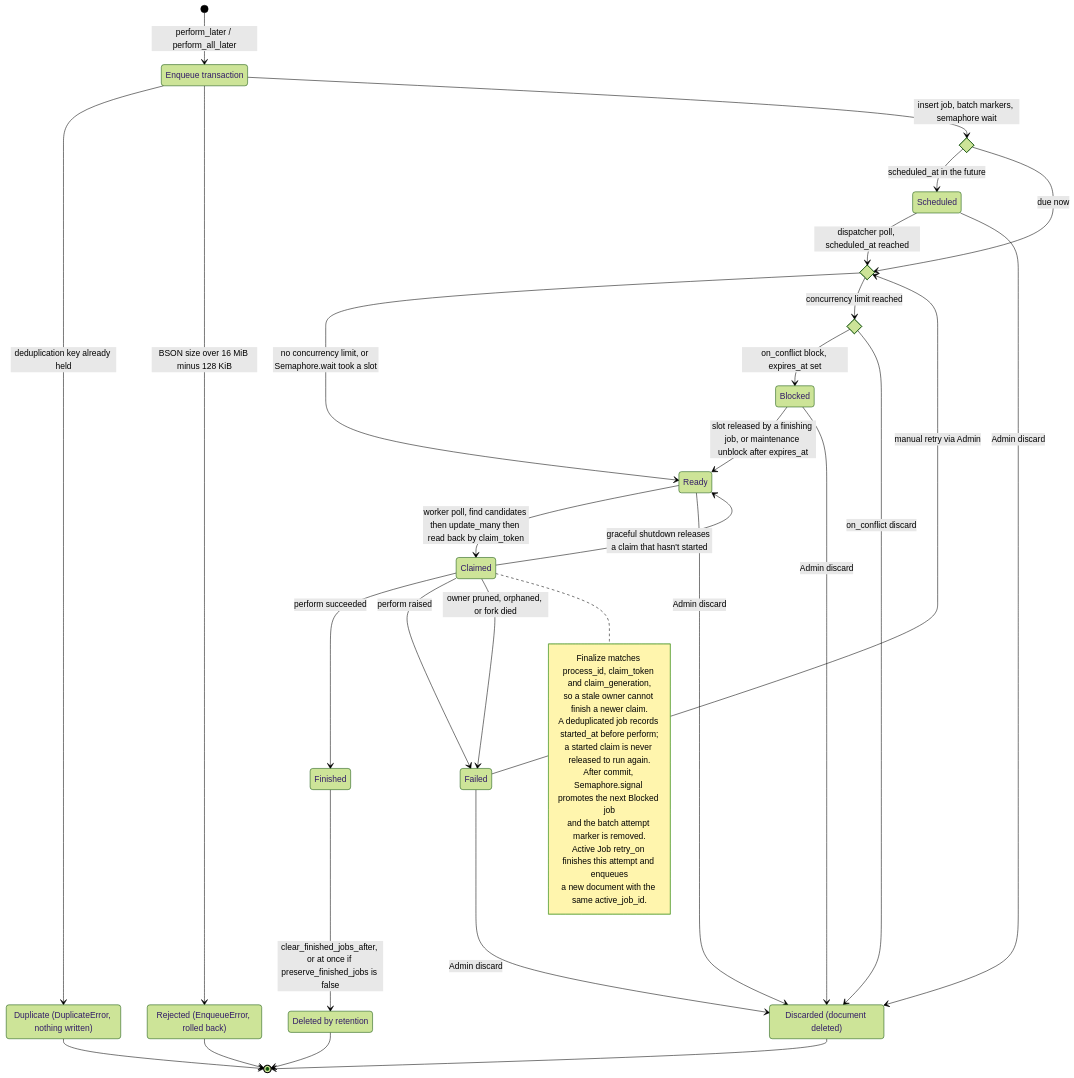
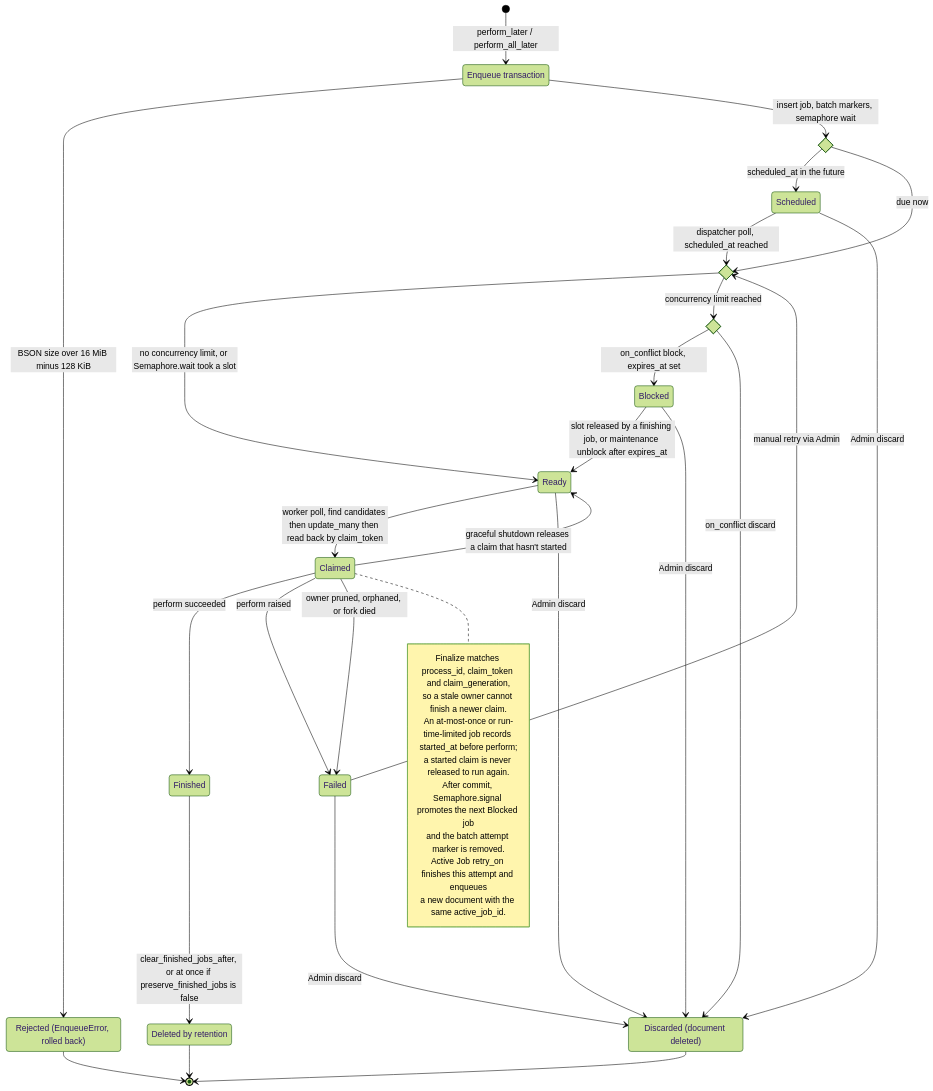
The first of 2 diagrams in README.md (alexandernicholson/solid_queue), drawn with Mermaid (forest theme) before and after one commit. The commit also changed other lines of this file and 4 other files, not shown here.

````diff
--- a/README.md
+++ b/README.md
@@ -310,60 +309,57 @@
 ```mermaid
 stateDiagram-v2
     direction TB
 
     state "Enqueue transaction" as Enqueue
     state "Rejected (EnqueueError, rolled back)" as Rejected
-    state "Duplicate (DuplicateError, nothing written)" as Duplicate
     state "Discarded (document deleted)" as Discarded
     state "Deleted by retention" as Cleared
     state due <<choice>>
     state slot <<choice>>
     state conflict <<choice>>
 
     [*] --> Enqueue : perform_later / perform_all_later
-    Enqueue --> Duplicate : deduplication key already held
     Enqueue --> Rejected : BSON size over 16 MiB minus 128 KiB
     Enqueue --> due : insert job, batch markers, semaphore wait
     due --> Scheduled : scheduled_at in the future
     due --> slot : due now
 
     Scheduled --> slot : dispatcher poll, scheduled_at reached
 
     slot --> Ready : no concurrency limit, or Semaphore.wait took a slot
     slot --> conflict : concurrency limit reached
     conflict --> Blocked : on_conflict block, expires_at set
     conflict --> Discarded : on_conflict discard
 
     Blocked --> Ready : slot released by a finishing job, or maintenance unblock after expires_at
 
     Ready --> Claimed : worker poll, find candidates then update_many then read back by claim_token
 
     Claimed --> Finished : perform succeeded
     Claimed --> Failed : perform raised
     Claimed --> Failed : owner pruned, orphaned, or fork died
     Claimed --> Ready : graceful shutdown releases a claim that hasn't started
 
     Failed --> slot : manual retry via Admin
     Ready --> Discarded : Admin discard
     Scheduled --> Discarded : Admin discard
     Blocked --> Discarded : Admin discard
     Failed --> Discarded : Admin discard
 
     Finished --> Cleared : clear_finished_jobs_after, or at once if preserve_finished_jobs is false
 
-    Duplicate --> [*]
     Rejected --> [*]
     Discarded --> [*]
     Cleared --> [*]
 
     note right of Claimed
         Finalize matches process_id, claim_token and claim_generation,
         so a stale owner cannot finish a newer claim.
-        A deduplicated job records started_at before perform;
+        An at-most-once or run-time-limited job records started_at before perform;
         a started claim is never released to run again.
         After commit, Semaphore.signal promotes the next Blocked job
         and the batch attempt marker is removed.
         Active Job retry_on finishes this attempt and enqueues
         a new document with the same active_job_id.
     end note
 ```
````
